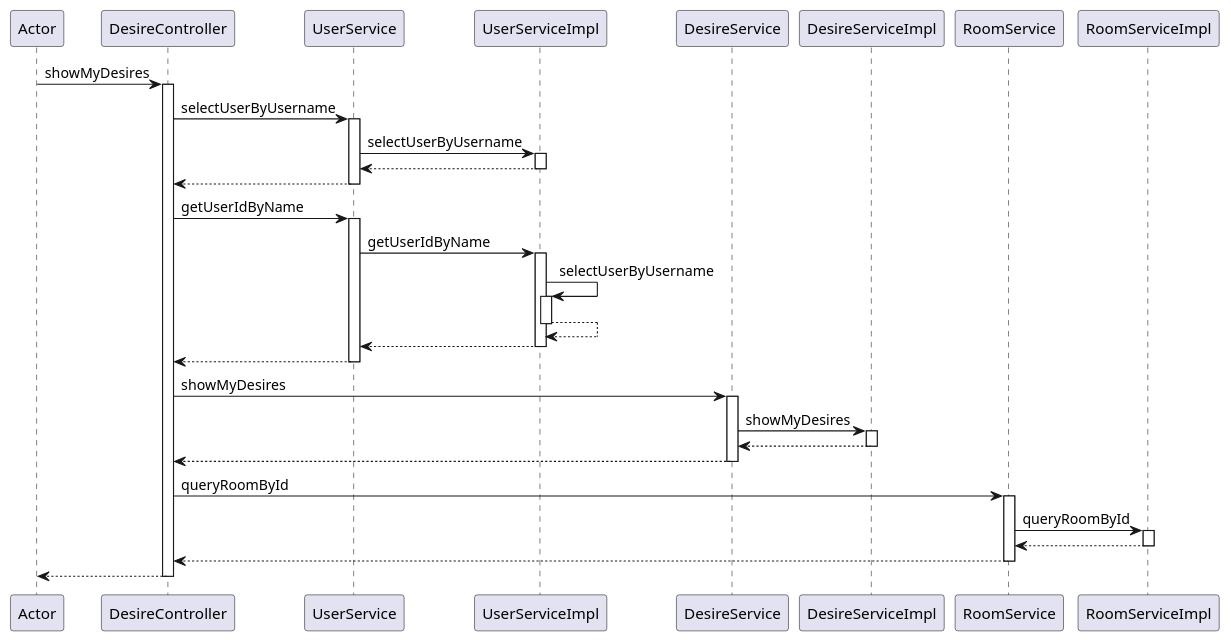
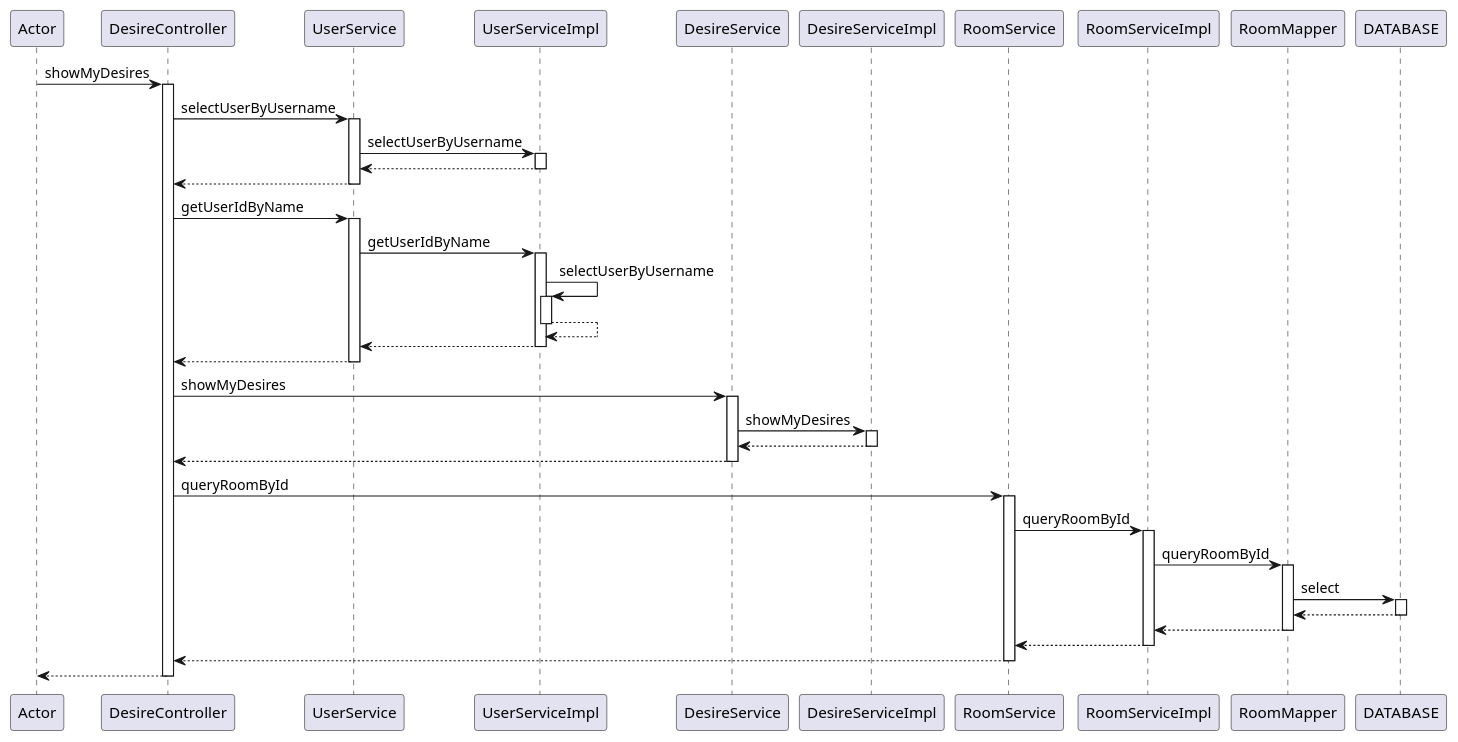
One commit to will-liao/homestay changed the diagram in src/main/resources/puml文件/squence/时序图puml文件/DesireController_showMyDesires.puml. Above: the diagram before and after it, drawn with PlantUML. The commit also changed 131 other files, not shown here.

```diff
--- a/src/main/resources/puml文件/squence/时序图puml文件/DesireController_showMyDesires.puml
+++ b/src/main/resources/puml文件/squence/时序图puml文件/DesireController_showMyDesires.puml
@@ -1,42 +1,52 @@
 @startuml
 participant Actor
 Actor -> DesireController : showMyDesires
 activate DesireController
 DesireController -> UserService : selectUserByUsername
 activate UserService
 UserService -> UserServiceImpl : selectUserByUsername
 activate UserServiceImpl
 UserServiceImpl --> UserService
 deactivate UserServiceImpl
 UserService --> DesireController
 deactivate UserService
 DesireController -> UserService : getUserIdByName
 activate UserService
 UserService -> UserServiceImpl : getUserIdByName
 activate UserServiceImpl
 UserServiceImpl -> UserServiceImpl : selectUserByUsername
 activate UserServiceImpl
 UserServiceImpl --> UserServiceImpl
 deactivate UserServiceImpl
 UserServiceImpl --> UserService
 deactivate UserServiceImpl
 UserService --> DesireController
 deactivate UserService
 DesireController -> DesireService : showMyDesires
 activate DesireService
 DesireService -> DesireServiceImpl : showMyDesires
 activate DesireServiceImpl
 DesireServiceImpl --> DesireService
 deactivate DesireServiceImpl
 DesireService --> DesireController
 deactivate DesireService
 DesireController -> RoomService : queryRoomById
 activate RoomService
 RoomService -> RoomServiceImpl : queryRoomById
 activate RoomServiceImpl
+
+RoomServiceImpl -> RoomMapper : queryRoomById
+activate RoomMapper
+RoomMapper -> DATABASE : select
+activate DATABASE
+DATABASE --> RoomMapper
+deactivate DATABASE
+RoomMapper --> RoomServiceImpl
+deactivate RoomMapper
+
 RoomServiceImpl --> RoomService
 deactivate RoomServiceImpl
 RoomService --> DesireController
 deactivate RoomService
 return
 @enduml
```
